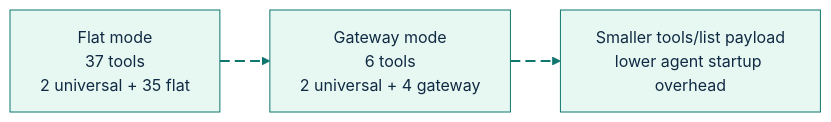
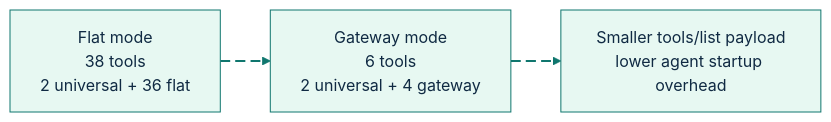
One commit to GlitterKill/sdl-mcp changed the ninth of 10 diagrams in README.md. Above: the diagram before and after it, drawn with Mermaid. The commit also changed other lines of this file and 36 other files, not shown here.

````diff
--- a/README.md
+++ b/README.md
@@ -518,15 +518,15 @@
 ```mermaid
 %%{init: {"theme":"base","themeVariables":{"background":"#ffffff","primaryColor":"#E7F8F2","primaryBorderColor":"#0F766E","primaryTextColor":"#102A43","secondaryColor":"#E8F1FF","secondaryBorderColor":"#2563EB","secondaryTextColor":"#102A43","tertiaryColor":"#FFF4D6","tertiaryBorderColor":"#B45309","tertiaryTextColor":"#102A43","lineColor":"#0F766E","textColor":"#102A43","fontFamily":"Inter, ui-sans-serif, system-ui, -apple-system, BlinkMacSystemFont, Segoe UI, sans-serif"},"flowchart":{"curve":"basis","htmlLabels":true}}}%%
 flowchart LR
-    Before["Flat mode<br/>37 tools<br/>2 universal + 35 flat"] e1@--> After["Gateway mode<br/>6 tools<br/>2 universal + 4 gateway"]
+    Before["Flat mode<br/>38 tools<br/>2 universal + 36 flat"] e1@--> After["Gateway mode<br/>6 tools<br/>2 universal + 4 gateway"]
     After e2@--> Savings["Smaller tools/list payload<br/>lower agent startup overhead"]
 
     classDef source fill:#E7F8F2,stroke:#0F766E,stroke-width:2px,color:#102A43;
     classDef process fill:#E8F1FF,stroke:#2563EB,stroke-width:2px,color:#102A43;
     classDef decision fill:#FFF4D6,stroke:#B45309,stroke-width:2px,color:#102A43;
     classDef storage fill:#F2E8FF,stroke:#7C3AED,stroke-width:2px,color:#102A43;
     classDef output fill:#FFE8EF,stroke:#BE123C,stroke-width:2px,color:#102A43;
     classDef muted fill:#F8FAFC,stroke:#64748B,stroke-width:1px,color:#102A43;
     classDef animate stroke:#0F766E,stroke-width:2px,stroke-dasharray:10\,5,stroke-dashoffset:900,animation:dash 22s linear infinite;
     class e1,e2 animate;
 ```
````
